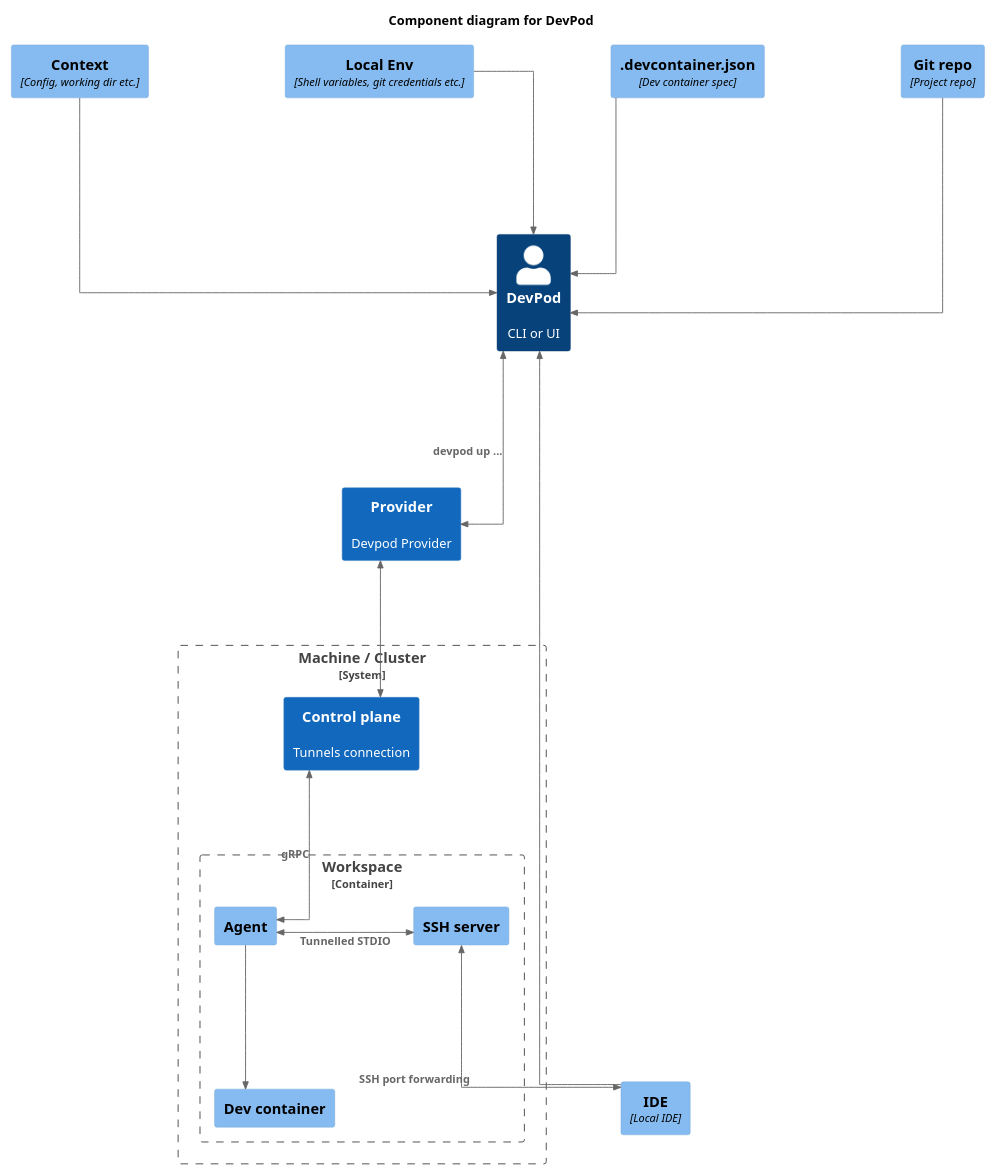
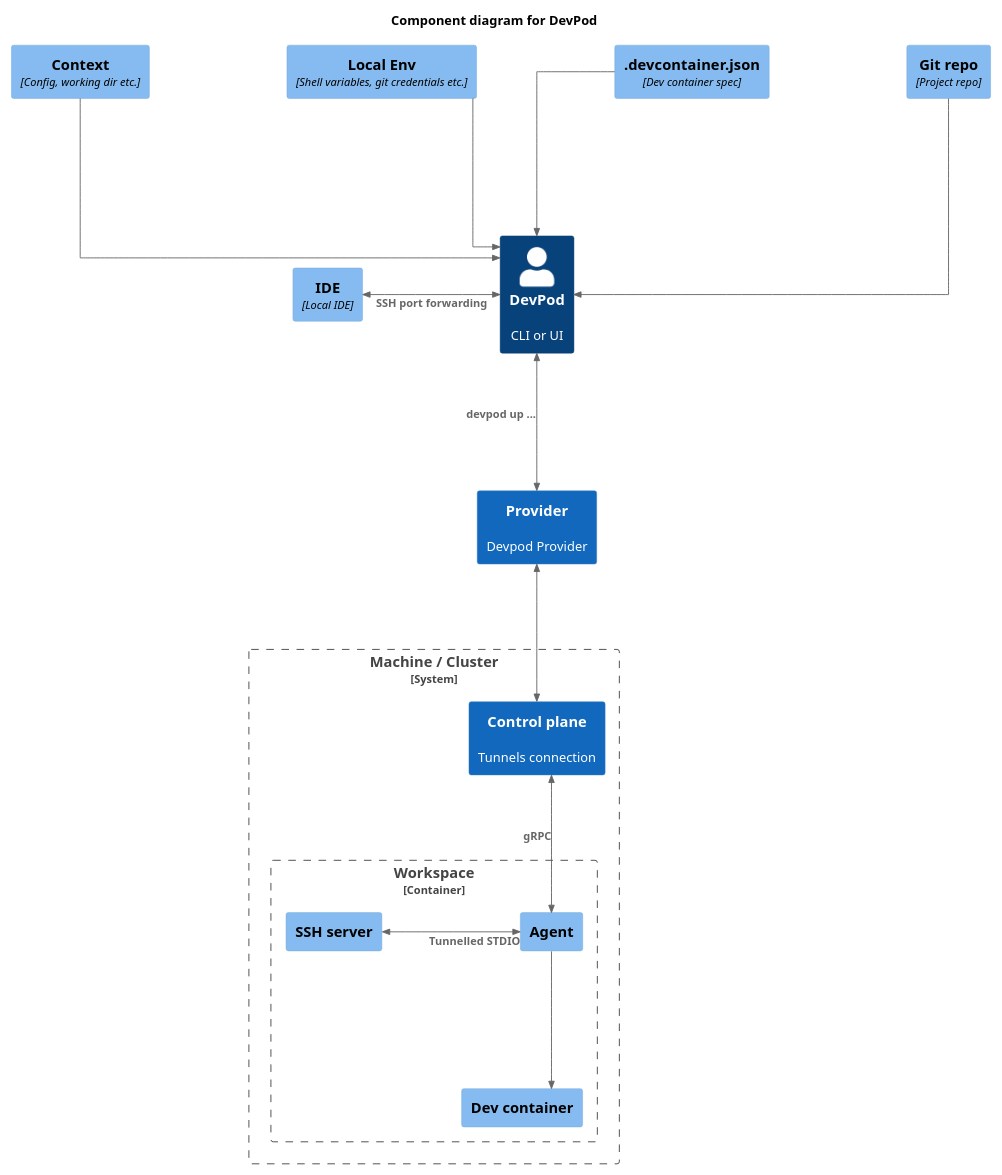
Before and after one commit to loft-sh/devpod: the diagram in docs/uml/c4_workspaces.puml, drawn with PlantUML. The commit also changed 9 other files, not shown here.

```diff
--- a/docs/uml/c4_workspaces.puml
+++ b/docs/uml/c4_workspaces.puml
@@ -1,42 +1,41 @@
 @startuml
 !include https://raw.githubusercontent.com/plantuml-stdlib/C4-PlantUML/master/C4_Component.puml
 
 skinparam linetype ortho
 skinparam nodesep 150
 skinparam ranksep 150
 scale 1920x1080
 
 HIDE_STEREOTYPE()
 LAYOUT_TOP_DOWN()
 
 title Component diagram for DevPod
 
 Person(user, "DevPod", "CLI or UI")
 System(prov, "Provider", "Devpod Provider")
 Component(ide, "IDE", "Local IDE")
 Component(ctx, "Context", "Config, working dir etc.")
 Component(env, "Local Env", "Shell variables, git credentials etc.")
 Component(dc, ".devcontainer.json", "Dev container spec")
 Component(git, "Git repo", "Project repo")
 
 System_Boundary(cluster, "Machine / Cluster") {
   System(controlPlane, "Control plane", "Tunnels connection")
   Container_Boundary(ws, "Workspace") {
     Component(runner, "Dev container", "")
     Component(agent, "Agent", "")
     Component(ssh, "SSH server", "")
   }
 }
 
 BiRel(user, prov, "devpod up ...")
 BiRel(prov, controlPlane, "")
 BiRel(controlPlane, agent, " gRPC")
 BiRel_Left(agent, ssh, "Tunnelled STDIO")
 Rel(agent, runner, "")
-BiRel(ssh, ide, "SSH port forwarding")
-Rel_Left(ide, user, "")
+BiRel_Left(user, ide, "SSH port forwarding")
 Rel(ctx, user, "")
 Rel(env, user, "")
 Rel(git, user, "")
 Rel(dc, user, "")
 @enduml
```
